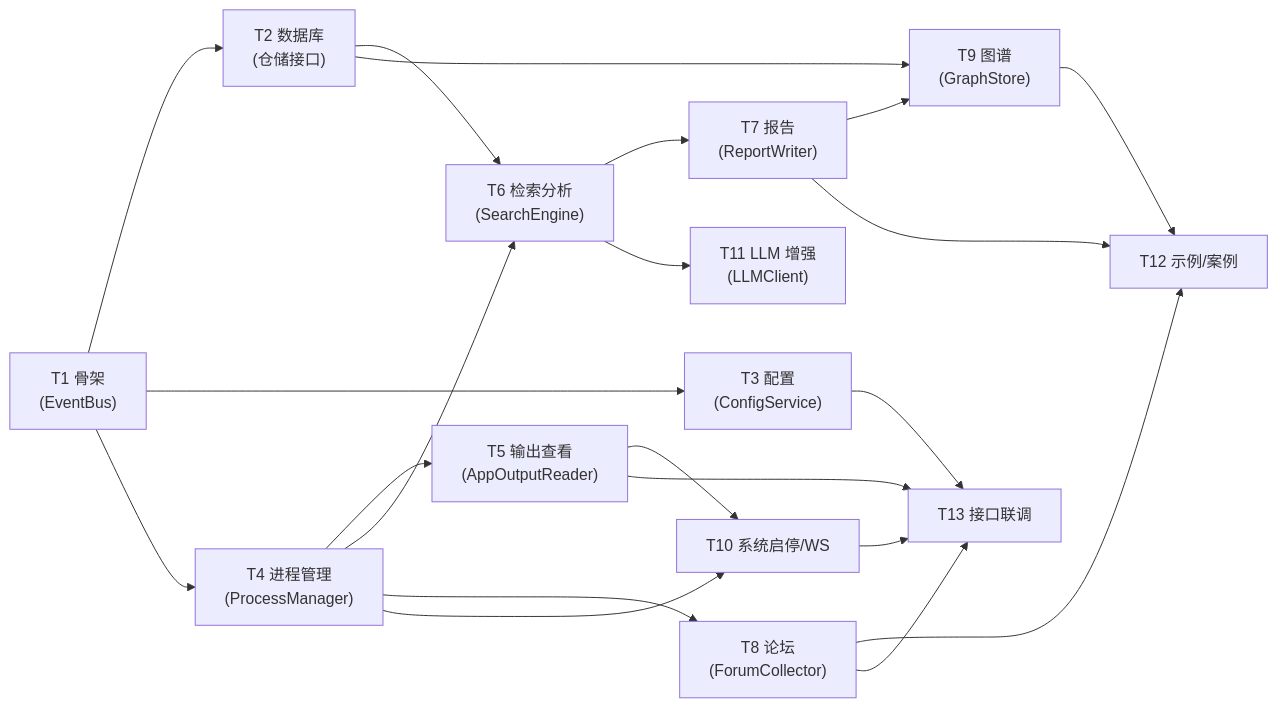
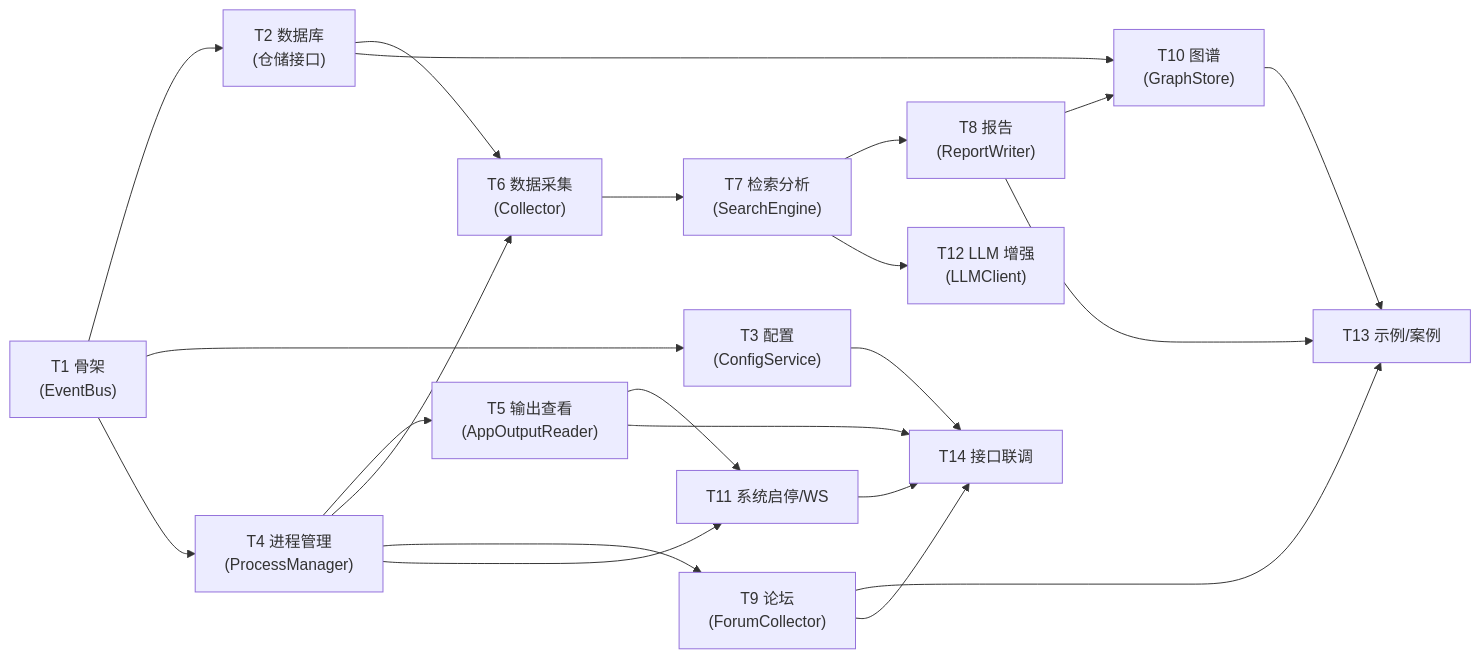
One commit to Neptune668/opineye changed the sixth of 6 diagrams in 开发文档.md. Above: the diagram before and after it, drawn with Mermaid. The commit also changed other lines of this file and 7 other files, not shown here.

````diff
--- a/开发文档.md
+++ b/开发文档.md
@@ -754,23 +766,24 @@
 ```mermaid
 flowchart LR
     T1["T1 骨架<br/>(EventBus)"] --> T2["T2 数据库<br/>(仓储接口)"]
     T1 --> T3["T3 配置<br/>(ConfigService)"]
     T1 --> T4["T4 进程管理<br/>(ProcessManager)"]
-    T2 --> T6["T6 检索分析<br/>(SearchEngine)"]
+    T2 --> T6["T6 数据采集<br/>(Collector)"]
     T4 --> T5["T5 输出查看<br/>(AppOutputReader)"]
     T4 --> T6
-    T4 --> T8["T8 论坛<br/>(ForumCollector)"]
-    T4 --> T10["T10 系统启停/WS"]
-    T5 --> T10
-    T6 --> T7["T7 报告<br/>(ReportWriter)"]
-    T6 --> T11["T11 LLM 增强<br/>(LLMClient)"]
-    T2 --> T9["T9 图谱<br/>(GraphStore)"]
-    T7 --> T9
-    T7 --> T12["T12 示例/案例"]
-    T8 --> T12
-    T9 --> T12
-    T3 --> T13["T13 接口联调"]
-    T5 --> T13
-    T8 --> T13
+    T4 --> T9["T9 论坛<br/>(ForumCollector)"]
+    T4 --> T11["T11 系统启停/WS"]
+    T5 --> T11
+    T6 --> T7["T7 检索分析<br/>(SearchEngine)"]
+    T7 --> T8["T8 报告<br/>(ReportWriter)"]
+    T7 --> T12["T12 LLM 增强<br/>(LLMClient)"]
+    T2 --> T10["T10 图谱<br/>(GraphStore)"]
+    T8 --> T10
+    T8 --> T13["T13 示例/案例"]
+    T9 --> T13
     T10 --> T13
+    T3 --> T14["T14 接口联调"]
+    T5 --> T14
+    T9 --> T14
+    T11 --> T14
 ```
````
